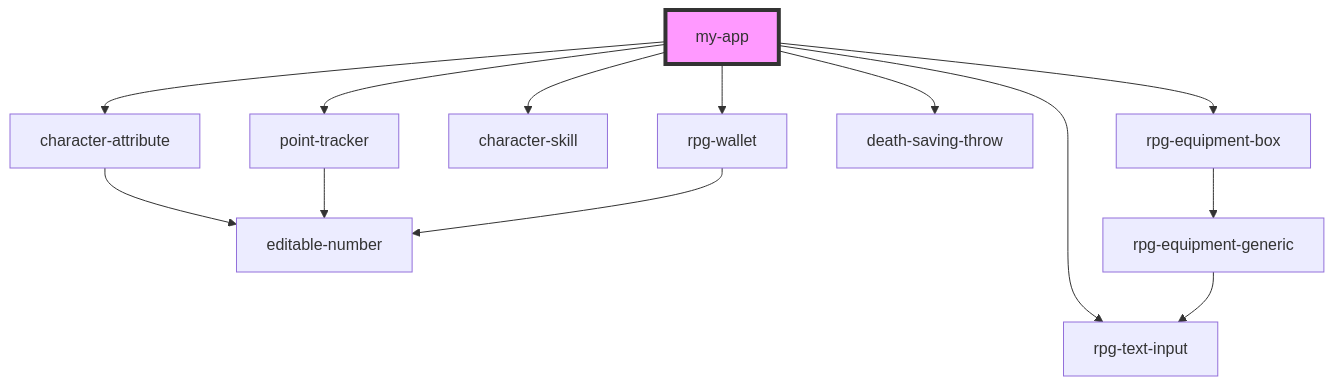
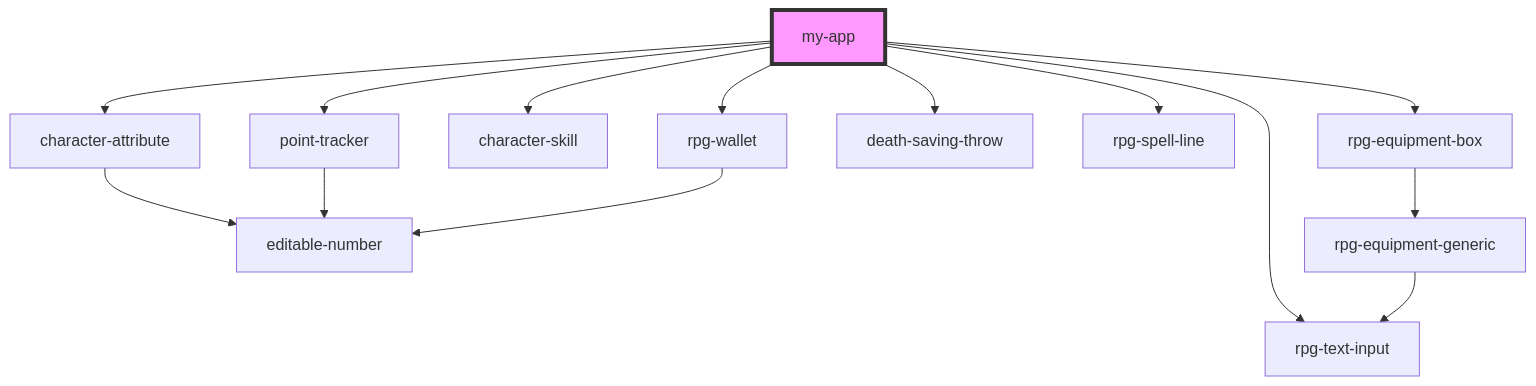
One commit to cthonic-studios/rpg-webcomponents changed the diagram in src/components/my-app/readme.md. Above: the diagram before and after it, drawn with Mermaid. The commit also changed other lines of this file and 78 other files, not shown here.

````diff
--- a/src/components/my-app/readme.md
+++ b/src/components/my-app/readme.md
@@ -21,16 +22,17 @@
 ```mermaid
 graph TD;
   my-app --> rpg-text-input
   my-app --> character-attribute
   my-app --> point-tracker
   my-app --> character-skill
   my-app --> rpg-wallet
   my-app --> death-saving-throw
+  my-app --> rpg-spell-line
   my-app --> rpg-equipment-box
   character-attribute --> editable-number
   point-tracker --> editable-number
   rpg-wallet --> editable-number
   rpg-equipment-box --> rpg-equipment-generic
   rpg-equipment-generic --> rpg-text-input
   style my-app fill:#f9f,stroke:#333,stroke-width:4px
 ```
````
